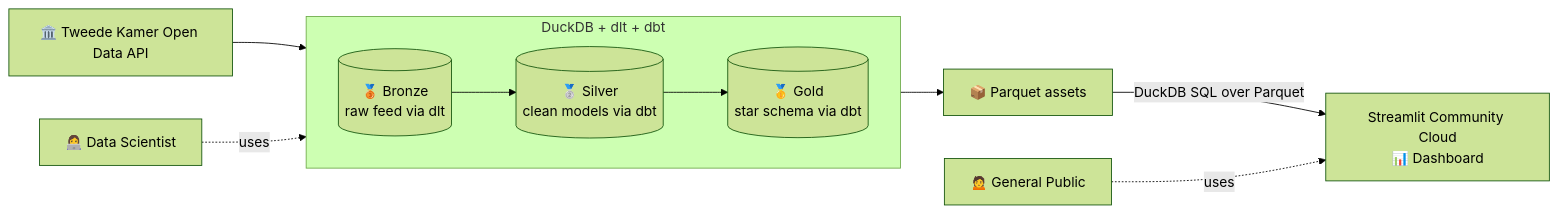
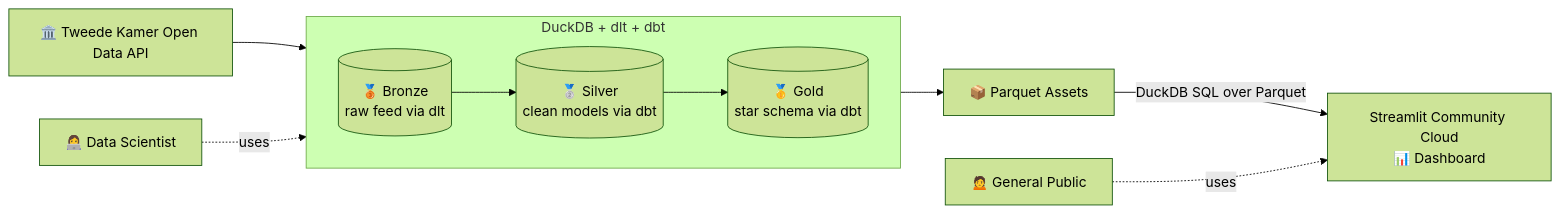
Before and after one commit to B-GeneralSloth/tweedekamer-monitor: the diagram in ARCHITECTURE.md, drawn with Mermaid (forest theme). The commit also changed 56 other files, not shown here.

````diff
--- a/ARCHITECTURE.md
+++ b/ARCHITECTURE.md
@@ -31,29 +31,29 @@
 ```mermaid
 flowchart LR
     API["🏛️ Tweede Kamer Open Data API"]
     
     subgraph LocalEngine["DuckDB + dlt + dbt"]
         direction LR
         B[("🥉 Bronze\nraw feed via dlt")]
         S[("🥈 Silver\nclean models via dbt")]
         G[("🥇 Gold\nstar schema via dbt")]
         
         B --> S --> G
     end
 
-    PAR["📦 Parquet assets"]
+    PAR["📦 Parquet Assets"]
     SC["Streamlit Community Cloud\n📊 Dashboard"]
     USER["🙍 General Public"]
     ANALYST["👩‍💻 Data Scientist"]
 
 
     API --> B
     G --> PAR
         
     %% The dashboard is placed under the assets
     PAR -- "DuckDB SQL over Parquet" --> SC
     
     %% The user is placed to the left of the dashboard
     USER -. "uses" .-> SC
     ANALYST -. "uses" .-> LocalEngine
 ```
````
